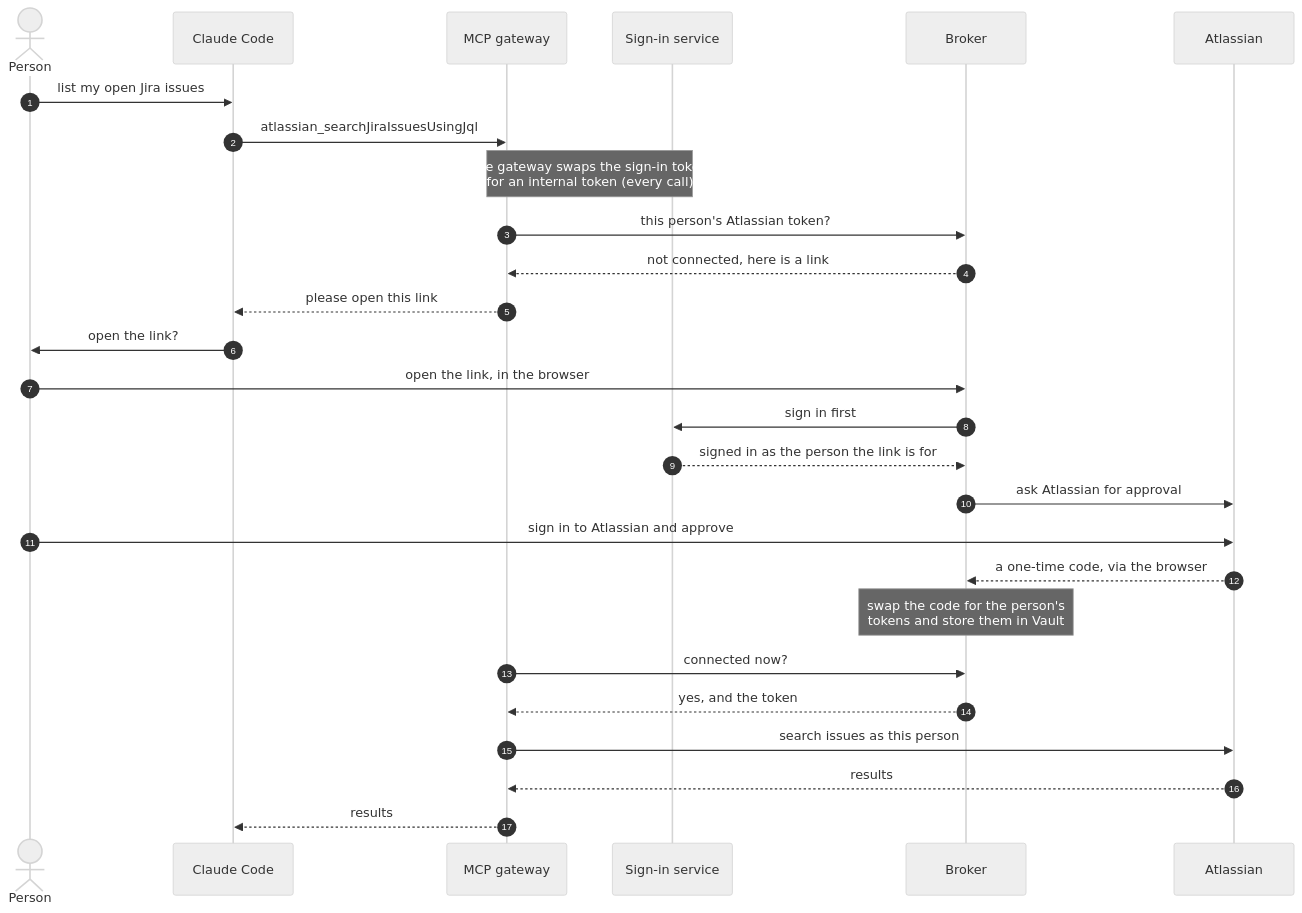
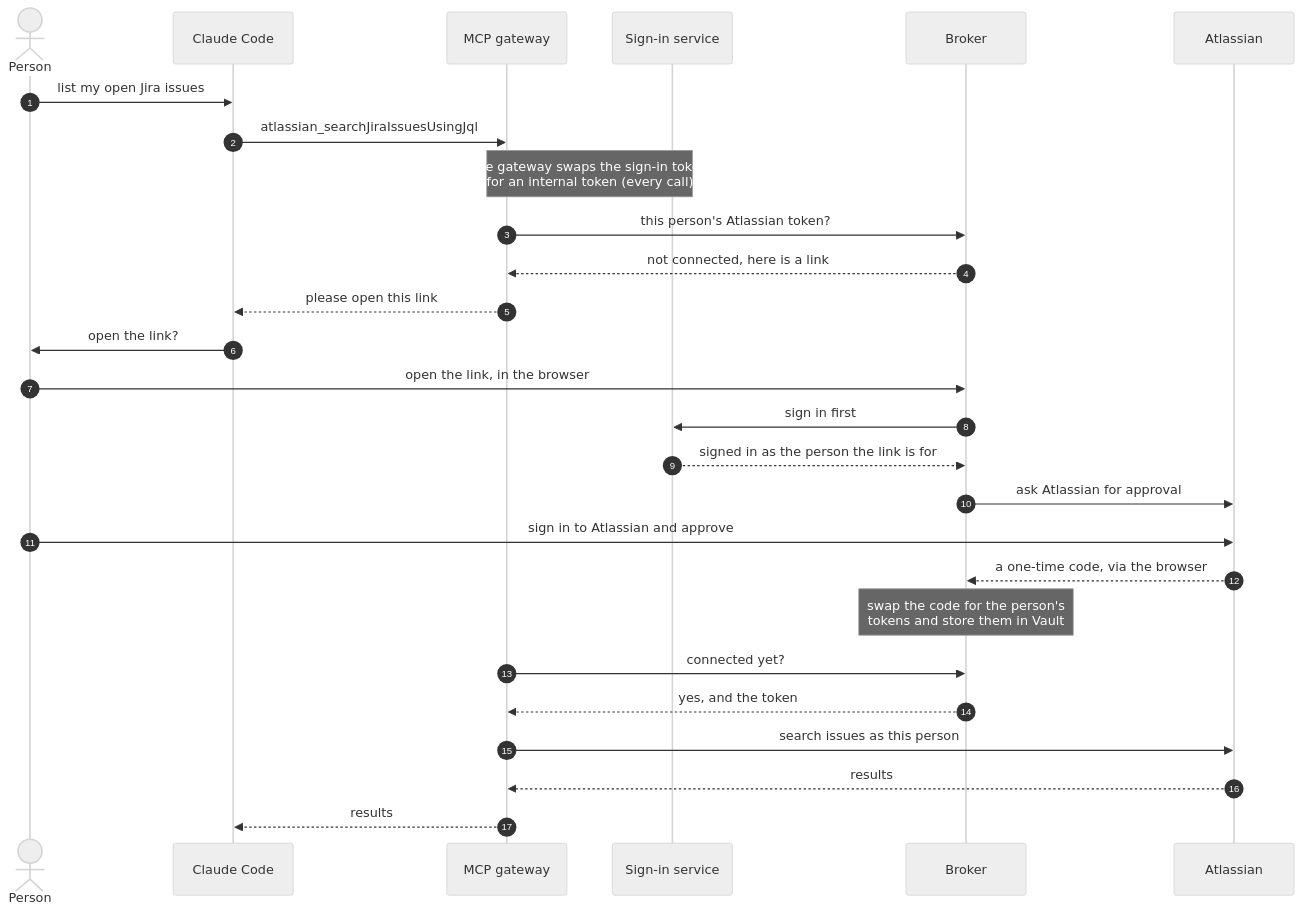
One commit to chief-builder/vendor-token-broker changed the third of 5 diagrams in docs/overview.md. Above: the diagram before and after it, drawn with Mermaid (neutral theme). The commit also changed other lines of this file and 15 other files, not shown here.

````diff
--- a/docs/overview.md
+++ b/docs/overview.md
@@ -73,29 +73,29 @@
 ```mermaid
 sequenceDiagram
     autonumber
     actor P as Person
     participant C as Claude Code
     participant G as MCP gateway
     participant H as Sign-in service
     participant B as Broker
     participant A as Atlassian
     P->>C: list my open Jira issues
     C->>G: atlassian_searchJiraIssuesUsingJql
     Note over G,H: the gateway swaps the sign-in token<br/>for an internal token (every call)
     G->>B: this person's Atlassian token?
     B-->>G: not connected, here is a link
     G-->>C: please open this link
     C->>P: open the link?
     P->>B: open the link, in the browser
     B->>H: sign in first
     H-->>B: signed in as the person the link is for
     B->>A: ask Atlassian for approval
     P->>A: sign in to Atlassian and approve
     A-->>B: a one-time code, via the browser
     Note over B: swap the code for the person's<br/>tokens and store them in Vault
-    G->>B: connected now?
+    G->>B: connected yet?
     B-->>G: yes, and the token
     G->>A: search issues as this person
     A-->>G: results
     G-->>C: results
 ```
````
